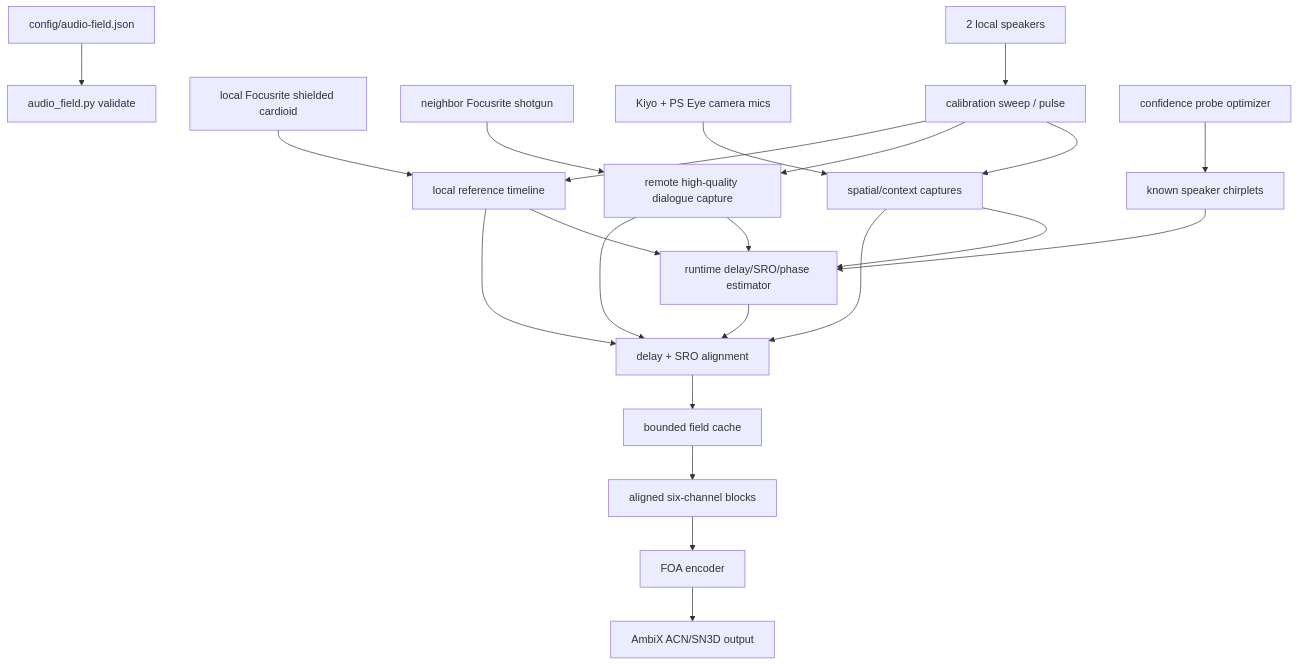
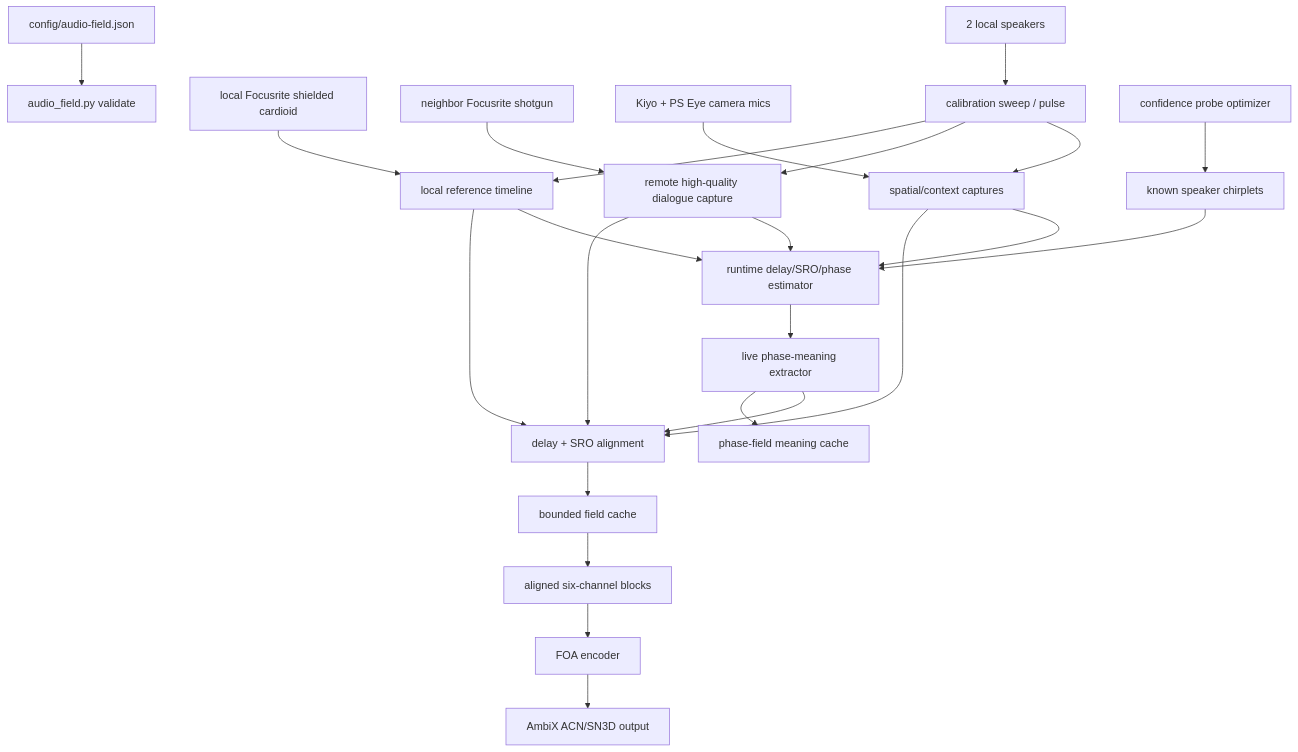
One commit to GameCult/Mimir changed the diagram in docs/audio-field.md. Above: the diagram before and after it, drawn with Mermaid. The commit also changed other lines of this file and 9 other files, not shown here.

Commit message:
Add live phase-field meaning stream

````diff
--- a/docs/audio-field.md
+++ b/docs/audio-field.md
@@ -26,24 +26,26 @@
 ```mermaid
 flowchart TD
     A["config/audio-field.json"] --> B["audio_field.py validate"]
     C["local Focusrite shielded cardioid"] --> D["local reference timeline"]
     E["neighbor Focusrite shotgun"] --> F["remote high-quality dialogue capture"]
     G["Kiyo + PS Eye camera mics"] --> H["spatial/context captures"]
     I["2 local speakers"] --> J["calibration sweep / pulse"]
     J --> D
     J --> F
     J --> H
     D --> K["delay + SRO alignment"]
     F --> K
     H --> K
     K --> L["bounded field cache"]
     P["known speaker chirplets"] --> Q["runtime delay/SRO/phase estimator"]
     R["confidence probe optimizer"] --> P
     D --> Q
     F --> Q
     H --> Q
-    Q --> K
+    Q --> S["live phase-meaning extractor"]
+    S --> T["phase-field meaning cache"]
+    S --> K
     L --> M["aligned six-channel blocks"]
     M --> N["FOA encoder"]
     N --> O["AmbiX ACN/SN3D output"]
 ```
````
